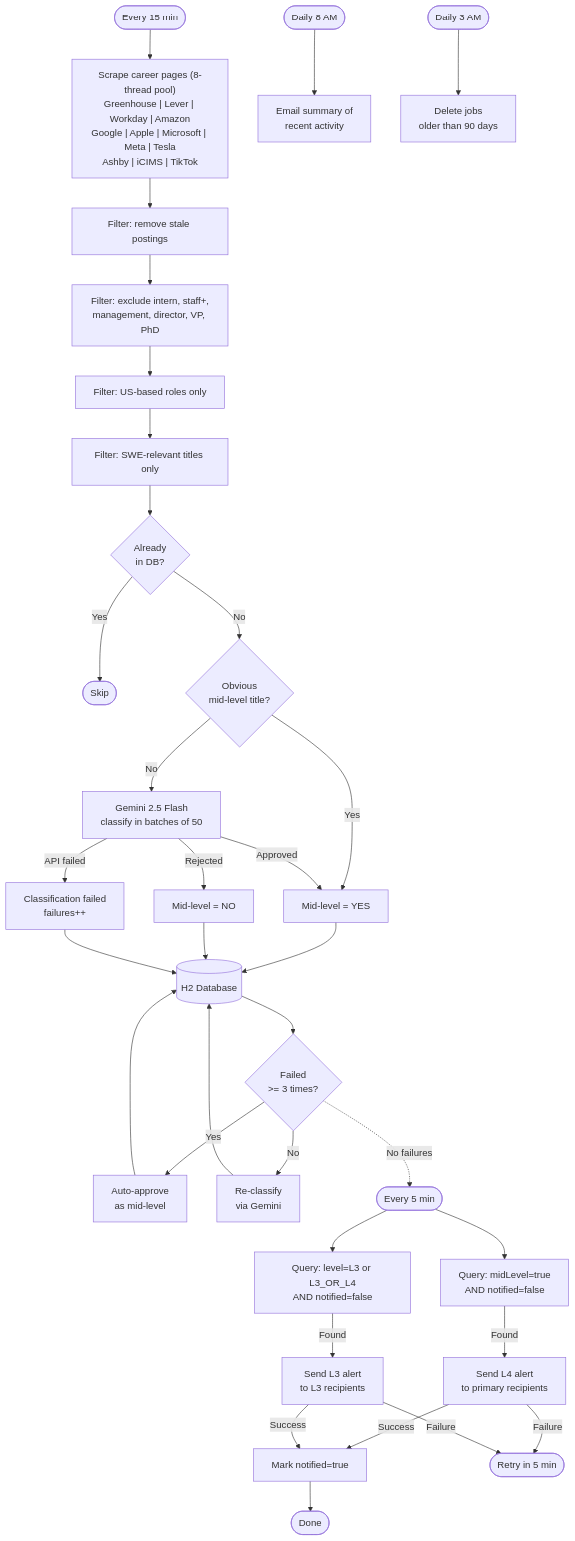
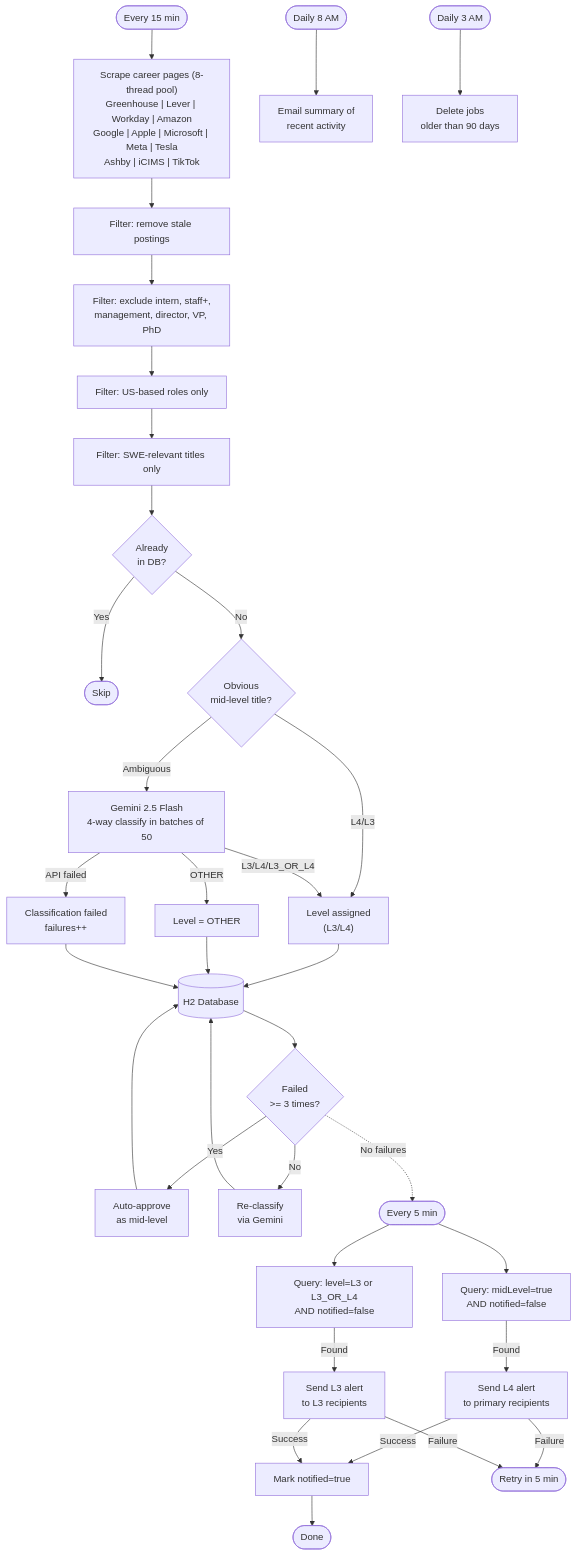
The diagram in README.md (jy732/swe-job-notifier), drawn with Mermaid before and after one commit. The commit also changed other lines of this file and 12 other files, not shown here.

First line of the commit message:
Unify classification to single 4-way Gemini call and add JD scraping

````diff
--- a/README.md
+++ b/README.md
@@ -19,35 +19,35 @@
 ```mermaid
 flowchart TD
     START(["Every 15 min"]) --> SCRAPE["Scrape career pages (8-thread pool)\nGreenhouse | Lever | Workday | Amazon\nGoogle | Apple | Microsoft | Meta | Tesla\nAshby | iCIMS | TikTok"]
     SCRAPE --> FRESH["Filter: remove stale postings"]
     FRESH --> EXCLUDE["Filter: exclude intern, staff+,\nmanagement, director, VP, PhD"]
     EXCLUDE --> LOCATION["Filter: US-based roles only"]
     LOCATION --> SWE["Filter: SWE-relevant titles only"]
     SWE --> DEDUP{"Already\nin DB?"}
     DEDUP -- Yes --> SKIP([Skip])
     DEDUP -- No --> AUTO{"Obvious\nmid-level title?"}
-    AUTO -- Yes --> APPROVED["Mid-level = YES"]
-    AUTO -- No --> GEMINI["Gemini 2.5 Flash\nclassify in batches of 50"]
-    GEMINI -- Approved --> APPROVED
-    GEMINI -- Rejected --> REJECTED["Mid-level = NO"]
+    AUTO -- "L4/L3" --> LEVEL["Level assigned\n(L3/L4)"]
+    AUTO -- Ambiguous --> GEMINI["Gemini 2.5 Flash\n4-way classify in batches of 50"]
+    GEMINI -- "L3/L4/L3_OR_L4" --> LEVEL
+    GEMINI -- OTHER --> OTHER["Level = OTHER"]
     GEMINI -- API failed --> FAILED["Classification failed\nfailures++"]
-    APPROVED --> DB[("H2 Database")]
-    REJECTED --> DB
+    LEVEL --> DB[("H2 Database")]
+    OTHER --> DB
     FAILED --> DB
     DB --> RETRYCHECK{"Failed\n>= 3 times?"}
     RETRYCHECK -- Yes --> FALLBACK["Auto-approve\nas mid-level"] --> DB
     RETRYCHECK -- No --> REGEMINI["Re-classify\nvia Gemini"] --> DB
     RETRYCHECK -. No failures .-> SCANSTART
 
     SCANSTART(["Every 5 min"]) --> QUERYL4["Query: midLevel=true\nAND notified=false"]
     QUERYL4 -- Found --> EMAILL4["Send L4 alert\nto primary recipients"]
     SCANSTART --> QUERYL3["Query: level=L3 or L3_OR_L4\nAND notified=false"]
     QUERYL3 -- Found --> EMAILL3["Send L3 alert\nto L3 recipients"]
     EMAILL4 -- Success --> MARK["Mark notified=true"] --> DONE([Done])
     EMAILL3 -- Success --> MARK
     EMAILL4 -- Failure --> RETRY_EMAIL(["Retry in 5 min"])
     EMAILL3 -- Failure --> RETRY_EMAIL
 
     DAILY1(["Daily 8 AM"]) --> SUMMARY["Email summary of\nrecent activity"]
     DAILY2(["Daily 3 AM"]) --> CLEANUP["Delete jobs\nolder than 90 days"]
 ```
````
